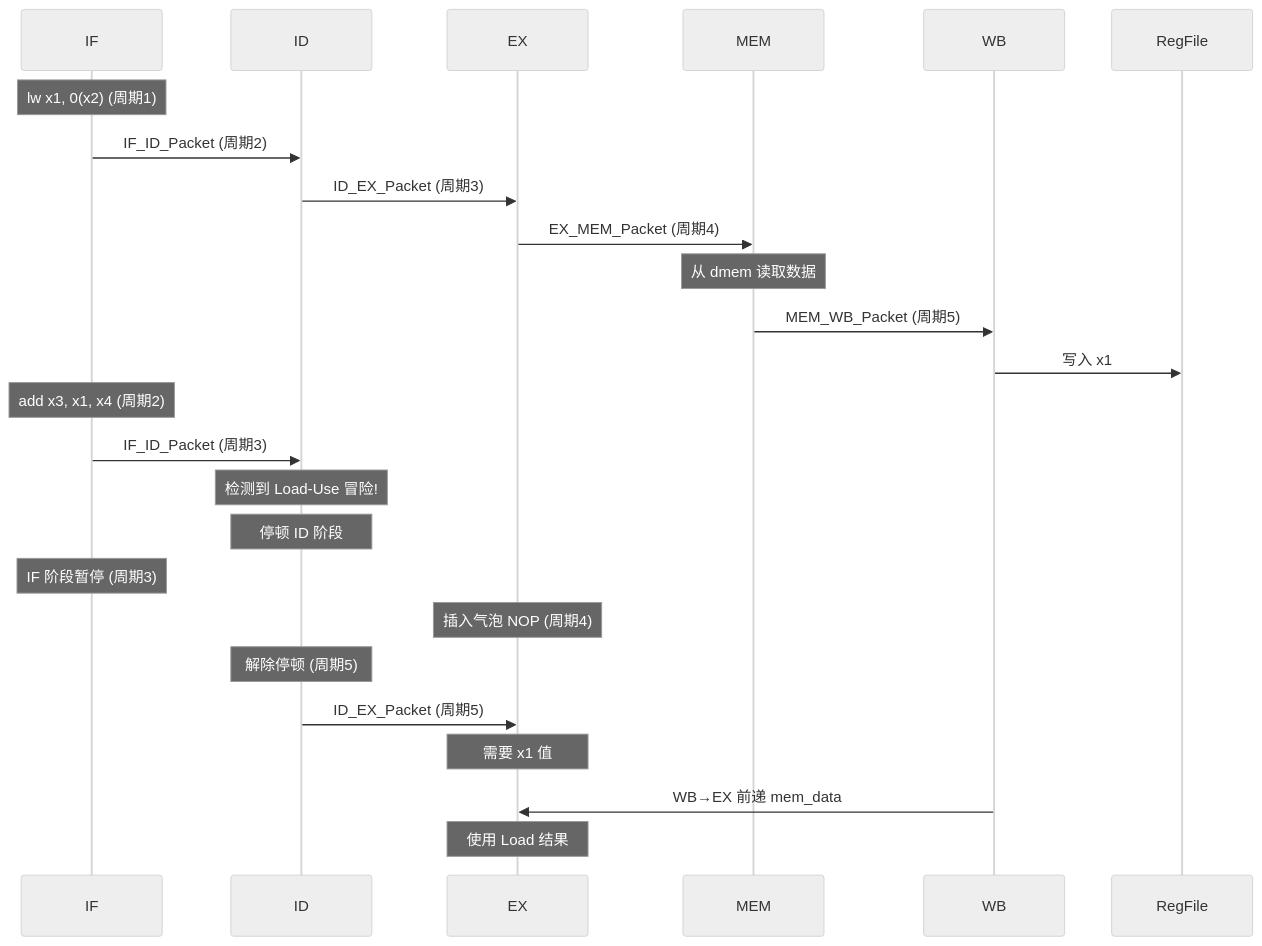
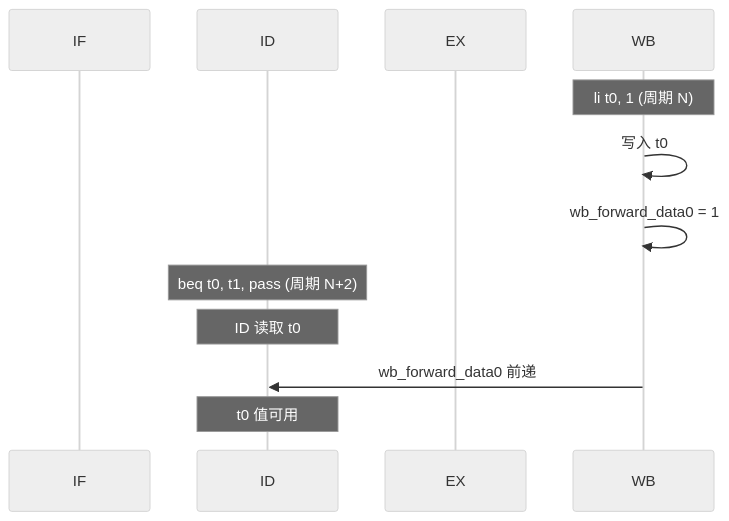
The fifth of 5 diagrams in docs/data-forwarding.md (daivy2333/riscv-bsv-processor), drawn with Mermaid (neutral theme) before and after one commit. The commit also changed other lines of this file and 6 other files, not shown here.

````diff
--- a/docs/data-forwarding.md
+++ b/docs/data-forwarding.md
@@ -92,31 +121,16 @@
 ```mermaid
 sequenceDiagram
     participant I as IF
     participant D as ID
     participant E as EX
-    participant M as MEM
     participant W as WB
-    participant R as RegFile
 
-    Note over I: lw x1, 0(x2) (周期1)
-    I->>D: IF_ID_Packet (周期2)
-    D->>E: ID_EX_Packet (周期3)
-    E->>M: EX_MEM_Packet (周期4)
-    Note over M: 从 dmem 读取数据
-    M->>W: MEM_WB_Packet (周期5)
-    W->>R: 写入 x1
+    Note over W: li t0, 1 (周期 N)
+    W->>W: 写入 t0
+    W->>W: wb_forward_data0 = 1
 
-    Note over I: add x3, x1, x4 (周期2)
-    I->>D: IF_ID_Packet (周期3)
-    Note over D: 检测到 Load-Use 冒险!
-    Note over D: 停顿 ID 阶段
-
-    Note over I: IF 阶段暂停 (周期3)
-    Note over E: 插入气泡 NOP (周期4)
-
-    Note over D: 解除停顿 (周期5)
-    D->>E: ID_EX_Packet (周期5)
-    Note over E: 需要 x1 值
-    W->>E: WB→EX 前递 mem_data
-    Note over E: 使用 Load 结果
+    Note over D: beq t0, t1, pass (周期 N+2)
+    Note over D: ID 读取 t0
+    W->>D: wb_forward_data0 前递
+    Note over D: t0 值可用
 ```
````
